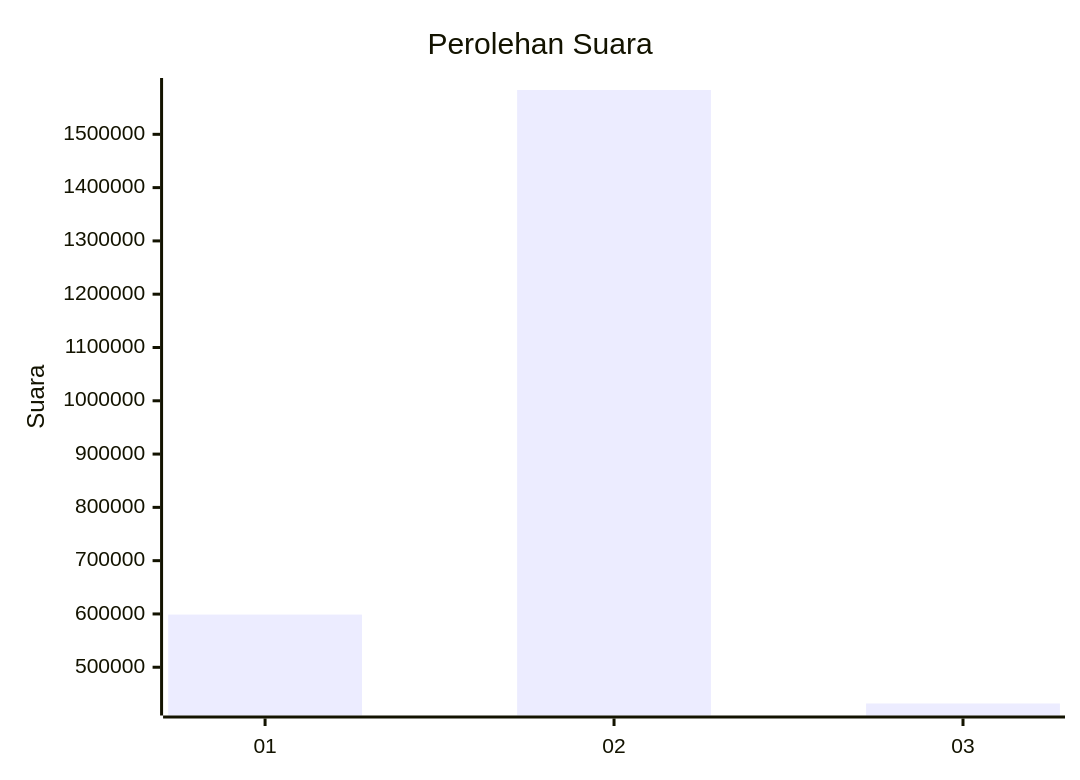
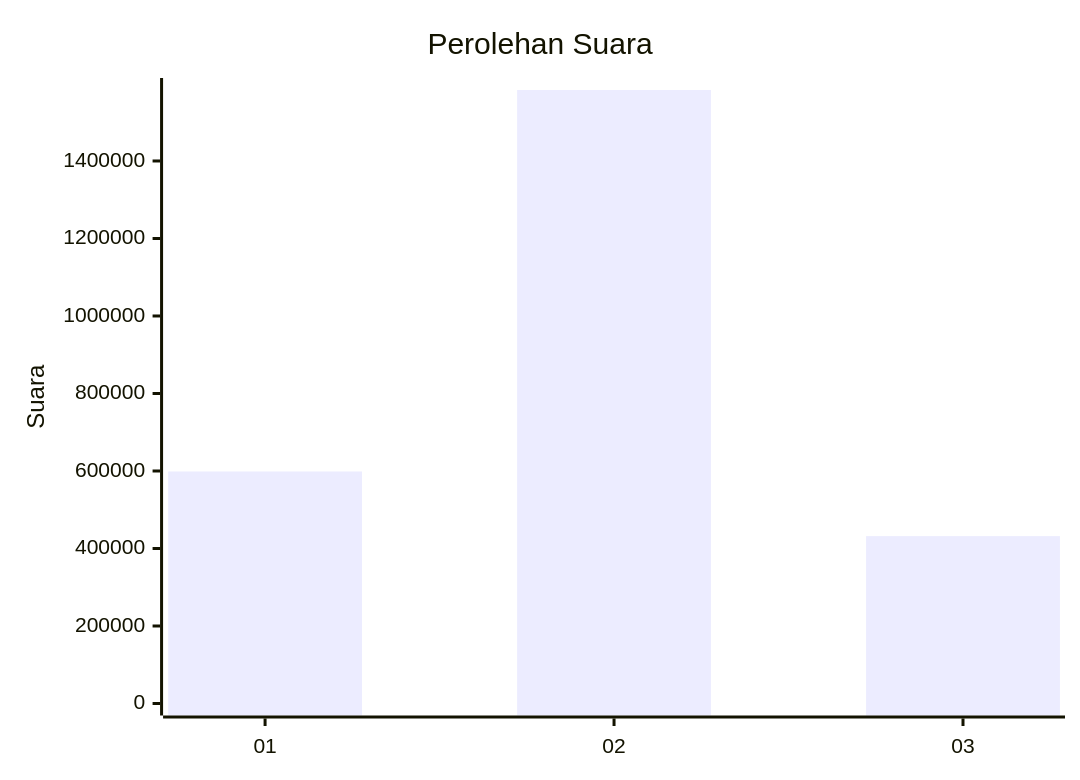
Before and after one commit to gigit-pemilu/pemilu-2024: the first of 2 diagrams in pilpres/hitung-suara/sub/table-wilayah-61.md, drawn with Mermaid. The commit also changed 42 other files, not shown here.

````diff
--- a/pilpres/hitung-suara/sub/table-wilayah-61.md
+++ b/pilpres/hitung-suara/sub/table-wilayah-61.md
@@ -7,7 +7,7 @@
 ```mermaid
 xychart-beta
     title "Perolehan Suara"
     x-axis [01, 02, 03]
-    y-axis "Suara"
+    y-axis "Suara" 0 --> 1583169
     bar [598791, 1583169, 431961]
 ```
````
